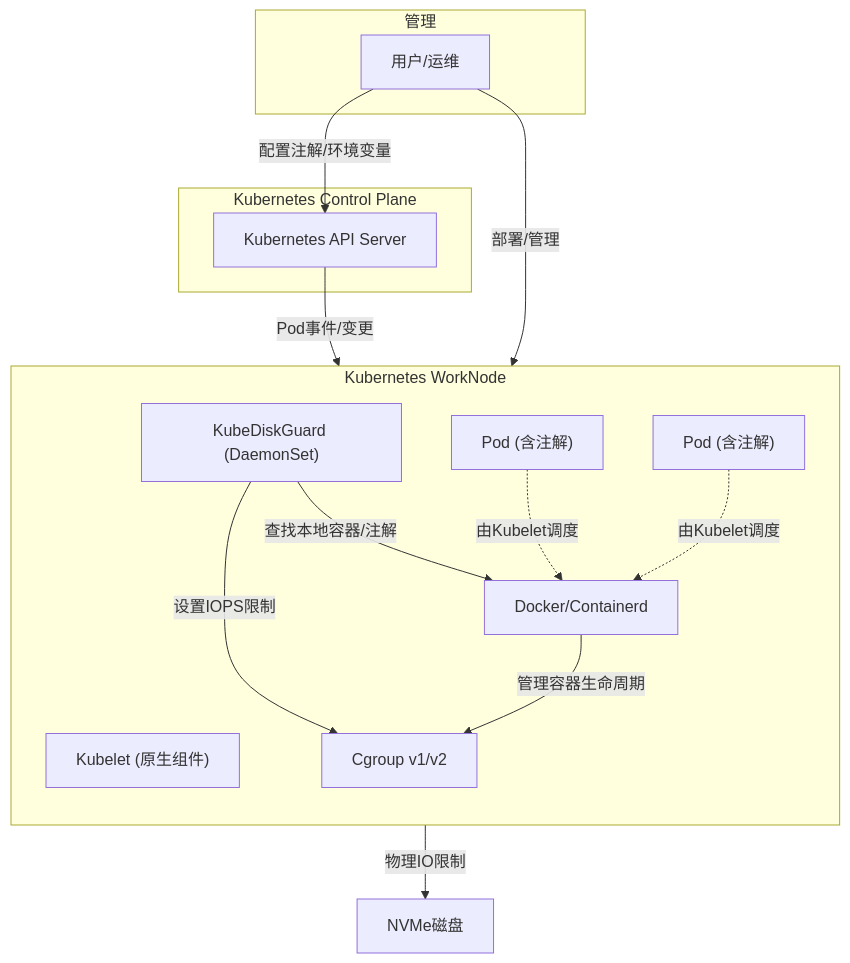
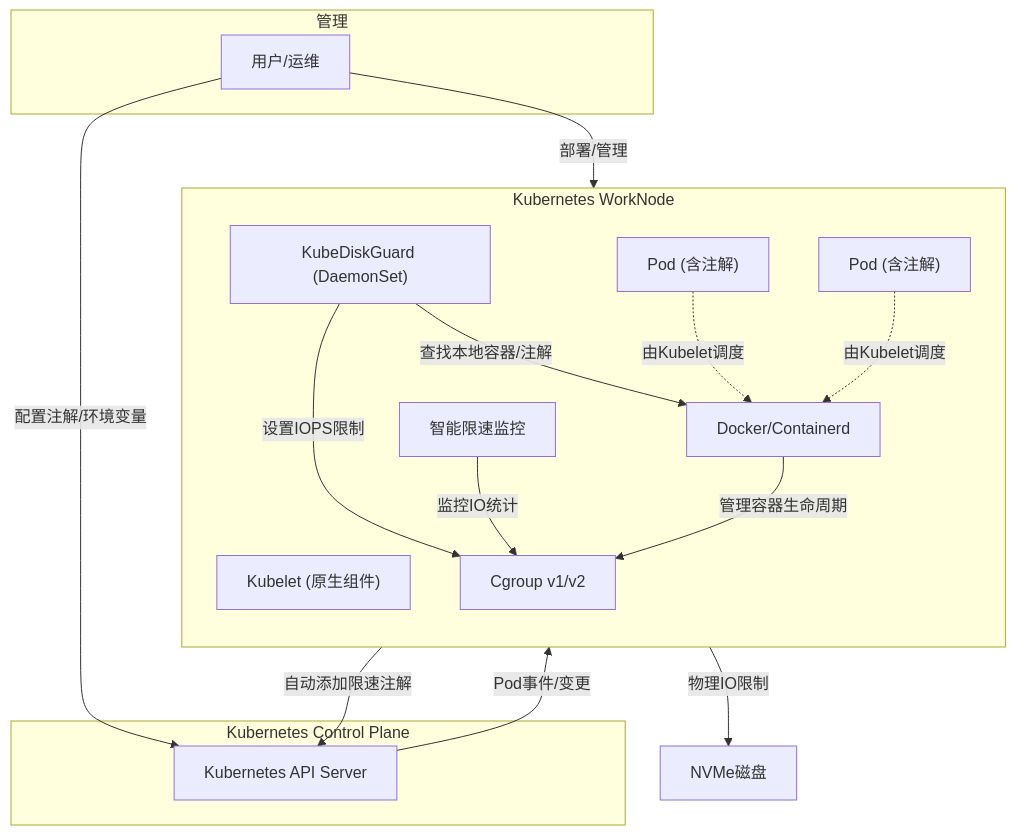
Before and after one commit to kbsonlong/KubeDiskGuard: the diagram in README.md, drawn with Mermaid. The commit also changed other lines of this file and 21 other files, not shown here.

````diff
--- a/README.md
+++ b/README.md
@@ -44,27 +46,30 @@
 ```mermaid
 flowchart TD
     subgraph "Kubernetes WorkNode"
         direction TB
         Kubelet["Kubelet (原生组件)"]
         Runtime["Docker/Containerd"]
         Service["KubeDiskGuard (DaemonSet)"]
+        SmartLimit["智能限速监控"]
         Cgroup["Cgroup v1/v2"]
         Pod1["Pod (含注解)"]
         Pod2["Pod (含注解)"]
     end
     subgraph "Kubernetes Control Plane"
         APIServer["Kubernetes API Server"]
     end
     APIServer -- "Pod事件/变更" --> Service
     Service -- "查找本地容器/注解" --> Runtime
     Service -- "设置IOPS限制" --> Cgroup
+    SmartLimit -- "监控IO统计" --> Cgroup
+    SmartLimit -- "自动添加限速注解" --> APIServer
     Runtime -- "管理容器生命周期" --> Cgroup
     Pod1 -. "由Kubelet调度" .-> Runtime
     Pod2 -. "由Kubelet调度" .-> Runtime
     subgraph "管理"
         User["用户/运维"]
     end
     User -- "配置注解/环境变量" --> APIServer
     User -- "部署/管理" --> Service
     Cgroup -- "物理IO限制" --> NVMe["NVMe磁盘"]
 ```
````
